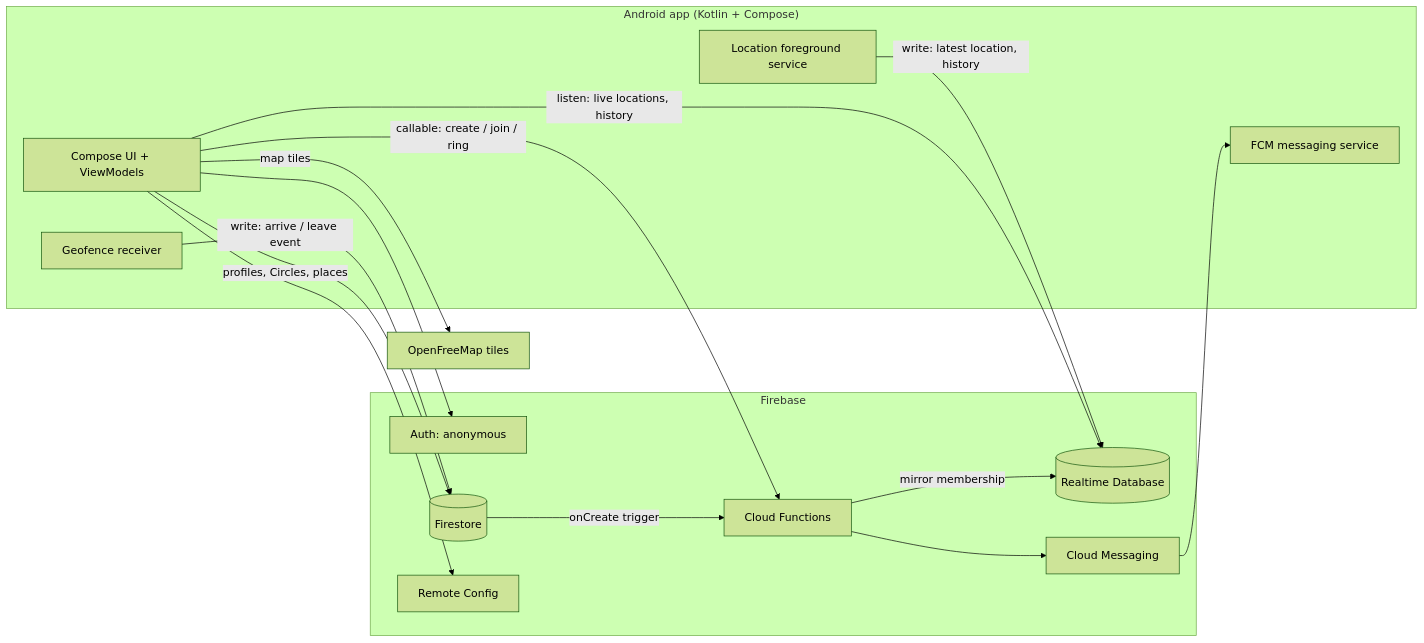
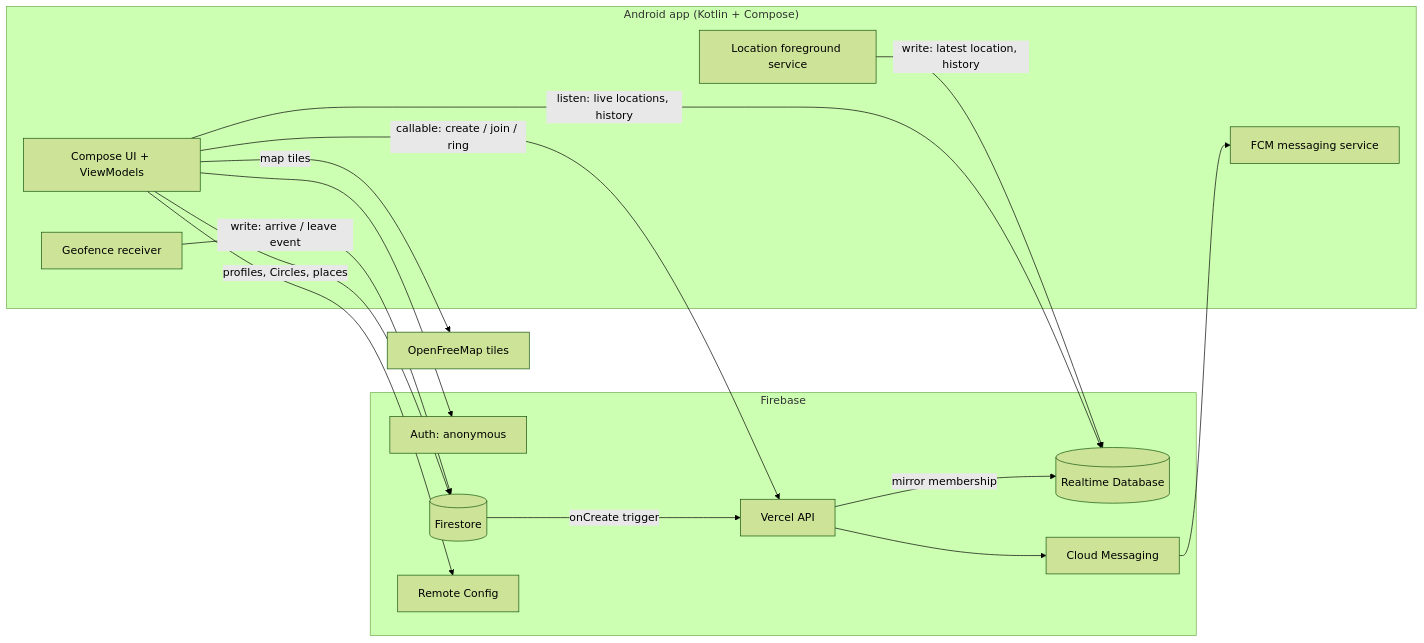
The diagram in PROJECT_PLAN.md (Makhall/Around), drawn with Mermaid (forest theme) before and after one commit. The commit also changed other lines of this file and 54 other files, not shown here.

````diff
--- a/PROJECT_PLAN.md
+++ b/PROJECT_PLAN.md
@@ -138,30 +140,30 @@
 ```mermaid
 flowchart LR
   subgraph Android["Android app (Kotlin + Compose)"]
     UI[Compose UI + ViewModels]
     LS[Location foreground service]
     GF[Geofence receiver]
     MS[FCM messaging service]
   end
   subgraph Firebase
     AUTH[Auth: anonymous]
     RTDB[(Realtime Database)]
     FS[(Firestore)]
-    FN[Cloud Functions]
+    FN[Vercel API]
     FCM[Cloud Messaging]
     RC[Remote Config]
   end
   OFM[OpenFreeMap tiles]
   UI --> AUTH
   UI -->|listen: live locations, history| RTDB
   LS -->|write: latest location, history| RTDB
   UI -->|profiles, Circles, places| FS
   UI -->|callable: create / join / ring| FN
   GF -->|write: arrive / leave event| FS
   FS -->|onCreate trigger| FN
   FN -->|mirror membership| RTDB
   FN --> FCM
   FCM --> MS
   UI --> RC
   UI -->|map tiles| OFM
 ```
````
